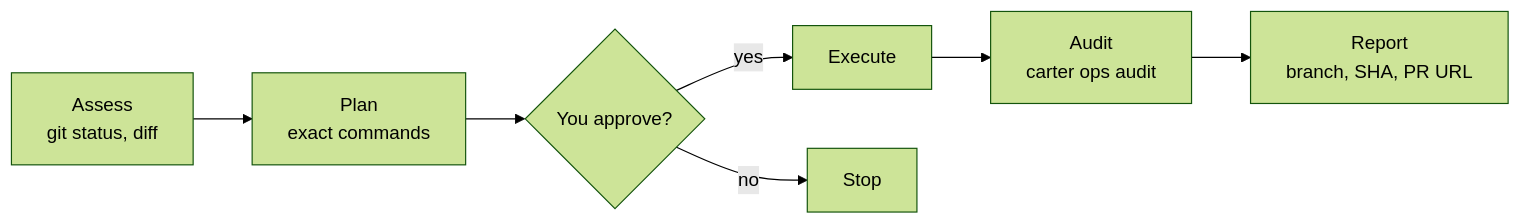
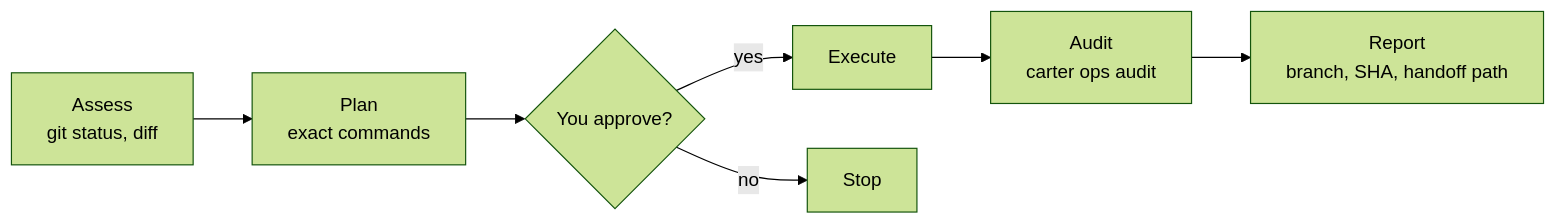
The diagram in docs/guides/write-operations.md (mauriciomem/carter-ai), drawn with Mermaid (forest theme) before and after one commit. The commit also changed other lines of this file and 142 other files, not shown here.

````diff
--- a/docs/guides/write-operations.md
+++ b/docs/guides/write-operations.md
@@ -13,9 +15,9 @@
 ```mermaid
 flowchart LR
   A[Assess<br/>git status, diff] --> B[Plan<br/>exact commands]
   B --> C{You approve?}
   C -- yes --> D[Execute]
   C -- no --> X[Stop]
   D --> E[Audit<br/>carter ops audit]
-  E --> F[Report<br/>branch, SHA, PR URL]
+  E --> F[Report<br/>branch, SHA, handoff path]
 ```
````
